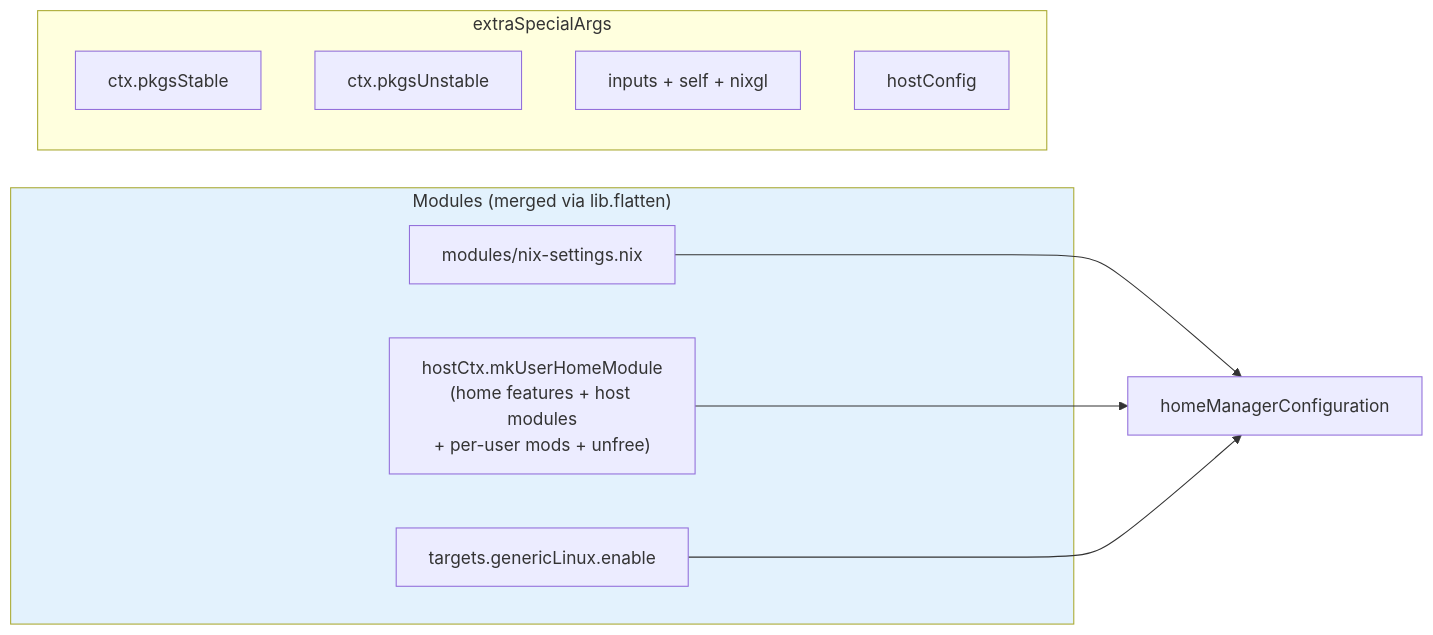
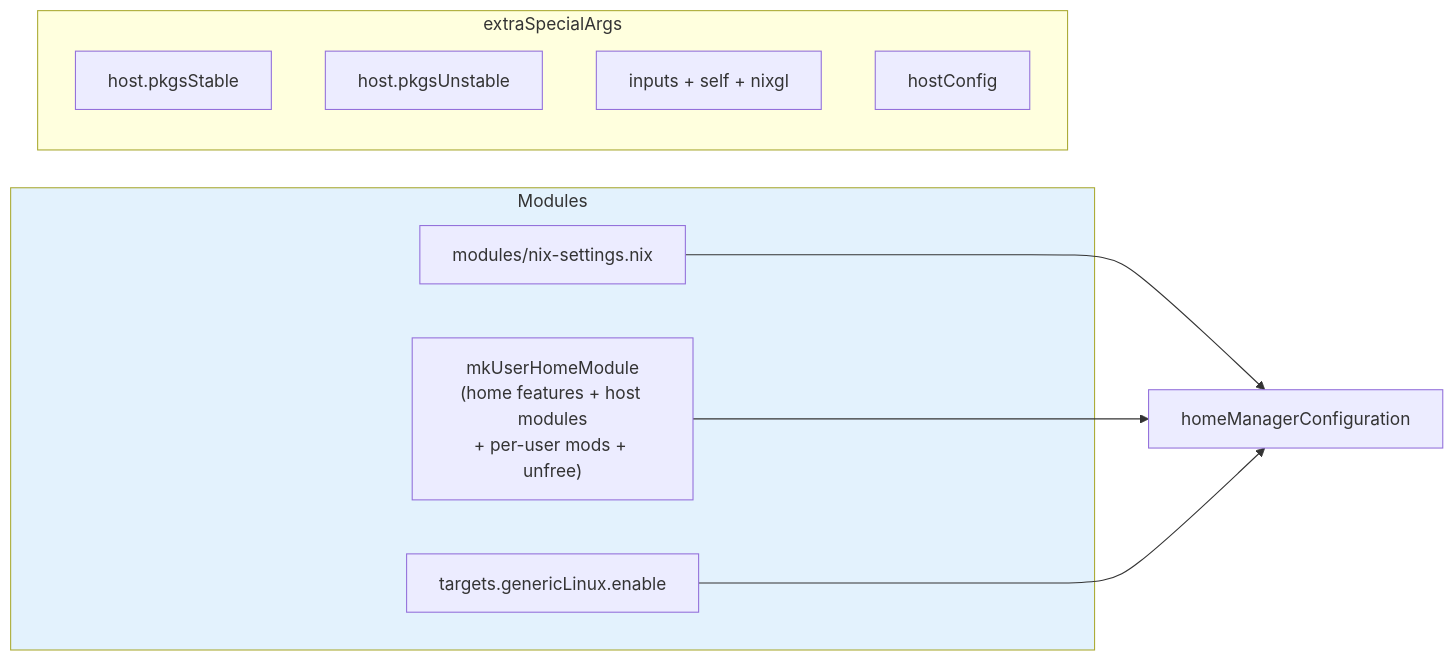
The sixth of 8 diagrams in DESIGN.md (WombatFromHell/automatic-palm-tree), drawn with Mermaid before and after one commit. The commit also changed other lines of this file and 19 other files, not shown here.

````diff
--- a/DESIGN.md
+++ b/DESIGN.md
@@ -281,18 +274,18 @@
 ```mermaid
 flowchart LR
-    subgraph M["Modules (merged via lib.flatten)"]
+    subgraph M["Modules"]
         nixSet["modules/nix-settings.nix"]
-        baseModule["hostCtx.mkUserHomeModule\n(home features + host modules\n+ per-user mods + unfree)"]
+        baseModule["mkUserHomeModule\n(home features + host modules\n+ per-user mods + unfree)"]
         generic["targets.genericLinux.enable"]
     end
     subgraph EA["extraSpecialArgs"]
-        pkgsStable["ctx.pkgsStable"]
-        pkgsUnstable["ctx.pkgsUnstable"]
+        pkgsStable["host.pkgsStable"]
+        pkgsUnstable["host.pkgsUnstable"]
         inputs["inputs + self + nixgl"]
         hostConfig["hostConfig"]
     end
     nixSet --> merged["homeManagerConfiguration"]
     baseModule --> merged
     generic --> merged
     style M fill:#e3f2fd
 ```
````
